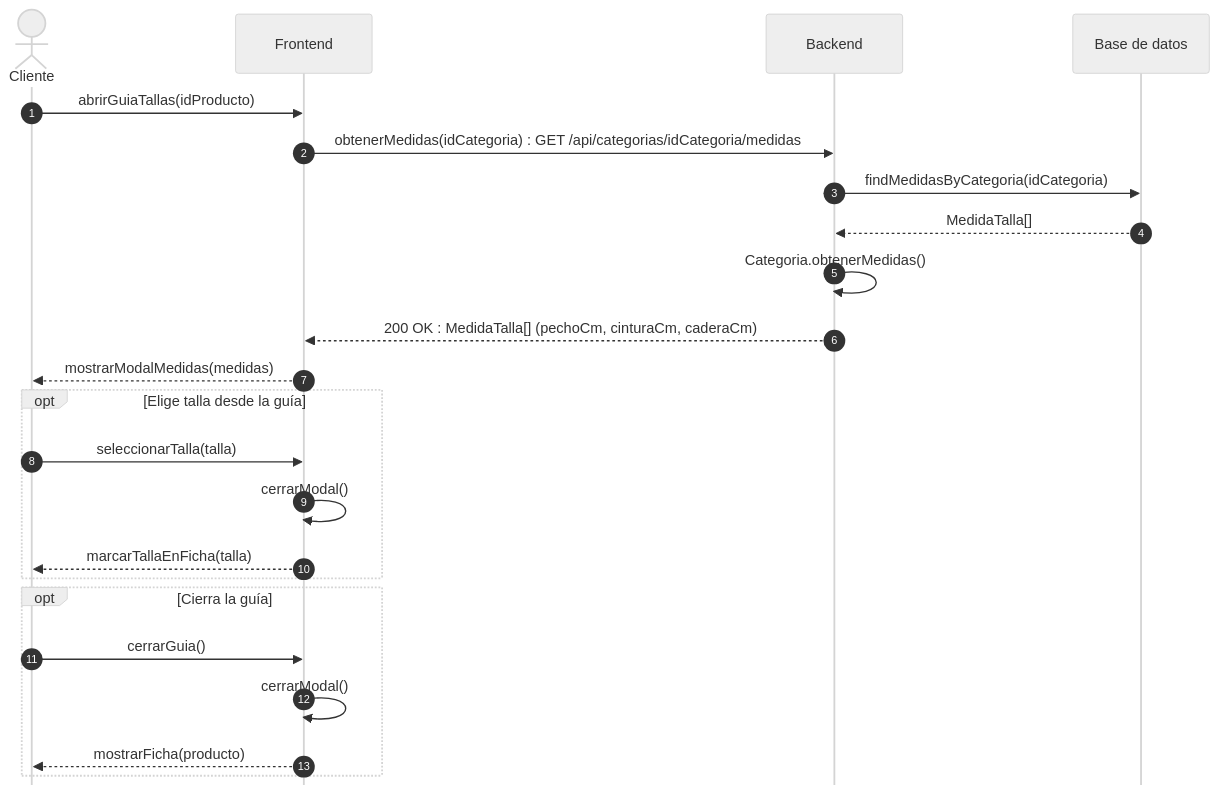
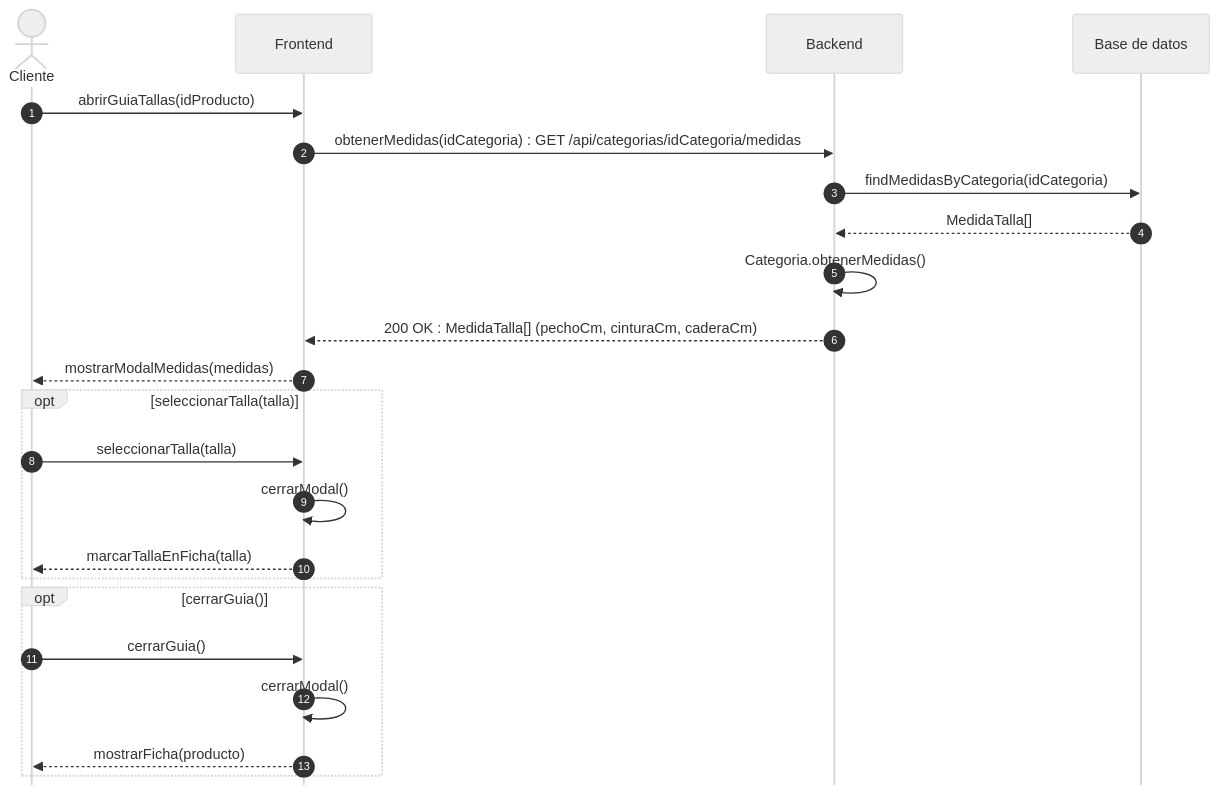
The diagram in Practica3_G11_LaTeX/codigo/sec_us10.mmd (ajgarciarias10/PR3GPS), drawn with Mermaid (neutral theme) before and after one commit. The commit also changed 22 other files, not shown here.

```diff
--- a/Practica3_G11_LaTeX/codigo/sec_us10.mmd
+++ b/Practica3_G11_LaTeX/codigo/sec_us10.mmd
@@ -1,24 +1,24 @@
 %%{init: {'sequence': {'mirrorActors': false}}}%%
 sequenceDiagram
     autonumber
     actor U as Cliente
     participant FE as Frontend
     participant BE as Backend
     participant DB as Base de datos
     U->>FE: abrirGuiaTallas(idProducto)
     FE->>BE: obtenerMedidas(idCategoria) : GET /api/categorias/idCategoria/medidas
     BE->>DB: findMedidasByCategoria(idCategoria)
     DB-->>BE: MedidaTalla[]
     BE->>BE: Categoria.obtenerMedidas()
     BE-->>FE: 200 OK : MedidaTalla[] (pechoCm, cinturaCm, caderaCm)
     FE-->>U: mostrarModalMedidas(medidas)
-    opt Elige talla desde la guía
+    opt seleccionarTalla(talla)
         U->>FE: seleccionarTalla(talla)
         FE->>FE: cerrarModal()
         FE-->>U: marcarTallaEnFicha(talla)
     end
-    opt Cierra la guía
+    opt cerrarGuia()
         U->>FE: cerrarGuia()
         FE->>FE: cerrarModal()
         FE-->>U: mostrarFicha(producto)
     end
```
